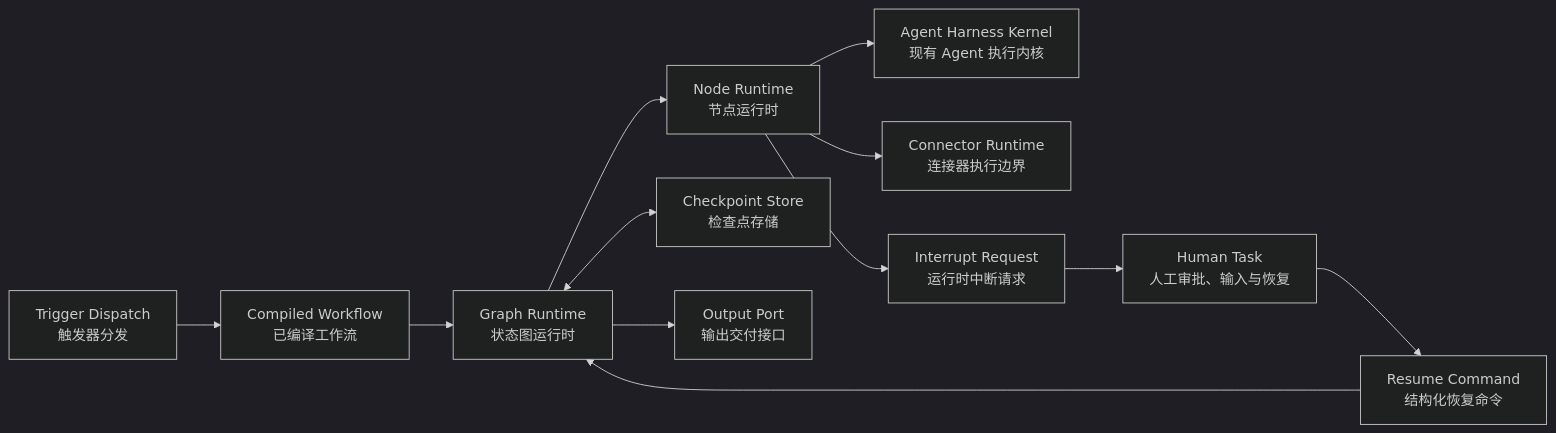
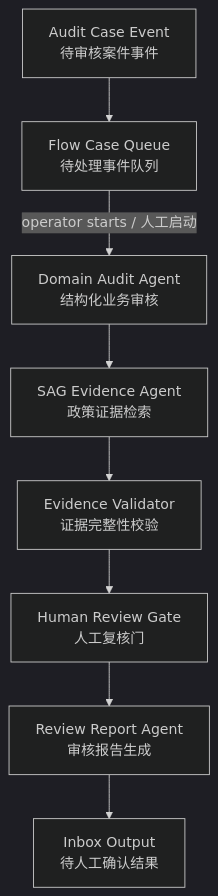
One commit to StagoMax/OpenTopia changed the third of 3 diagrams in docs/flow-mode-refactor-design-zh-cn.md. Above: the diagram before and after it, drawn with Mermaid (dark theme). The commit also changed other lines of this file and 87 other files, not shown here.

Commit message:
feat(flow): replace legacy deployments with active flows

````diff
--- a/docs/flow-mode-refactor-design-zh-cn.md
+++ b/docs/flow-mode-refactor-design-zh-cn.md
@@ -568,26 +228,10 @@
 ```mermaid
-flowchart LR
-    TD["Trigger Dispatch<br/>触发器分发"]
-    CW["Compiled Workflow<br/>已编译工作流"]
-    GR["Graph Runtime<br/>状态图运行时"]
-    NR["Node Runtime<br/>节点运行时"]
-    HK["Agent Harness Kernel<br/>现有 Agent 执行内核"]
-    CR["Connector Runtime<br/>连接器执行边界"]
-    CP["Checkpoint Store<br/>检查点存储"]
-    IR["Interrupt Request<br/>运行时中断请求"]
-    HT["Human Task<br/>人工审批、输入与恢复"]
-    RC["Resume Command<br/>结构化恢复命令"]
-    OP["Output Port<br/>输出交付接口"]
-
-    TD --> CW
-    CW --> GR
-    GR --> NR
-    NR --> HK
-    NR --> CR
-    GR <--> CP
-    NR --> IR
-    IR --> HT
-    HT --> RC
-    RC --> GR
-    GR --> OP
+flowchart TD
+    EV["Audit Case Event<br/>待审核案件事件"] --> Q["Flow Case Queue<br/>待处理事件队列"]
+    Q -->|"operator starts / 人工启动"| DA["Domain Audit Agent<br/>结构化业务审核"]
+    DA --> SE["SAG Evidence Agent<br/>政策证据检索"]
+    SE --> V["Evidence Validator<br/>证据完整性校验"]
+    V --> G["Human Review Gate<br/>人工复核门"]
+    G --> R["Review Report Agent<br/>审核报告生成"]
+    R --> O["Inbox Output<br/>待人工确认结果"]
 ```
````
